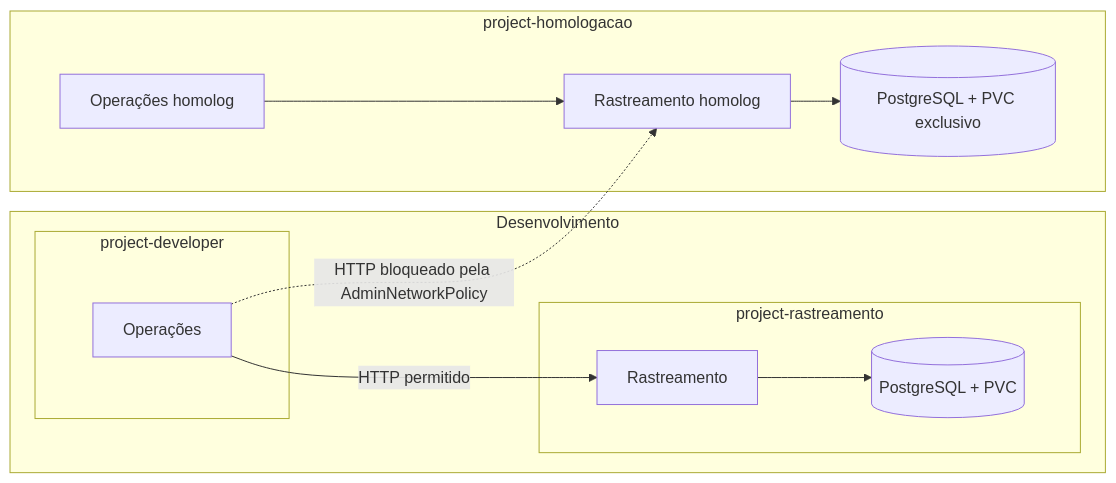
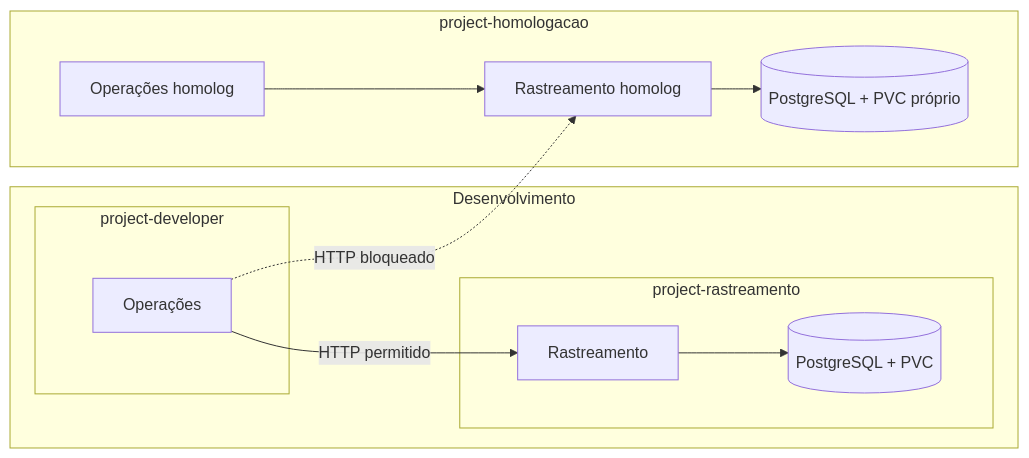
One commit to rossettimateus/vertice-openshift-poc changed the diagram in README.md. Above: the diagram before and after it, drawn with Mermaid. The commit also changed other lines of this file and 3 other files, not shown here.

````diff
--- a/README.md
+++ b/README.md
@@ -13,19 +33,19 @@
 ```mermaid
 flowchart LR
   subgraph DEV[Desenvolvimento]
     subgraph OP[project-developer]
       O[Operações]
     end
     subgraph RA[project-rastreamento]
       R[Rastreamento]
       D[(PostgreSQL + PVC)]
       R --> D
     end
     O -->|HTTP permitido| R
   end
   subgraph HOM[project-homologacao]
     OH[Operações homolog] --> RH[Rastreamento homolog]
-    RH --> DH[(PostgreSQL + PVC exclusivo)]
+    RH --> DH[(PostgreSQL + PVC próprio)]
   end
-  O -. HTTP bloqueado pela AdminNetworkPolicy .-> RH
+  O -. HTTP bloqueado .-> RH
 ```
````
